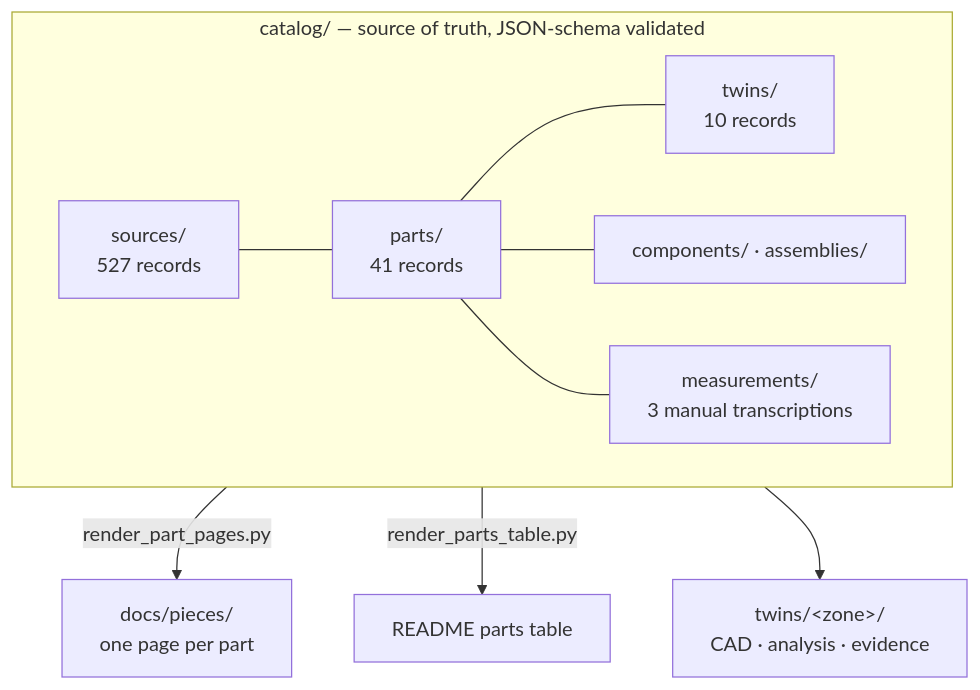
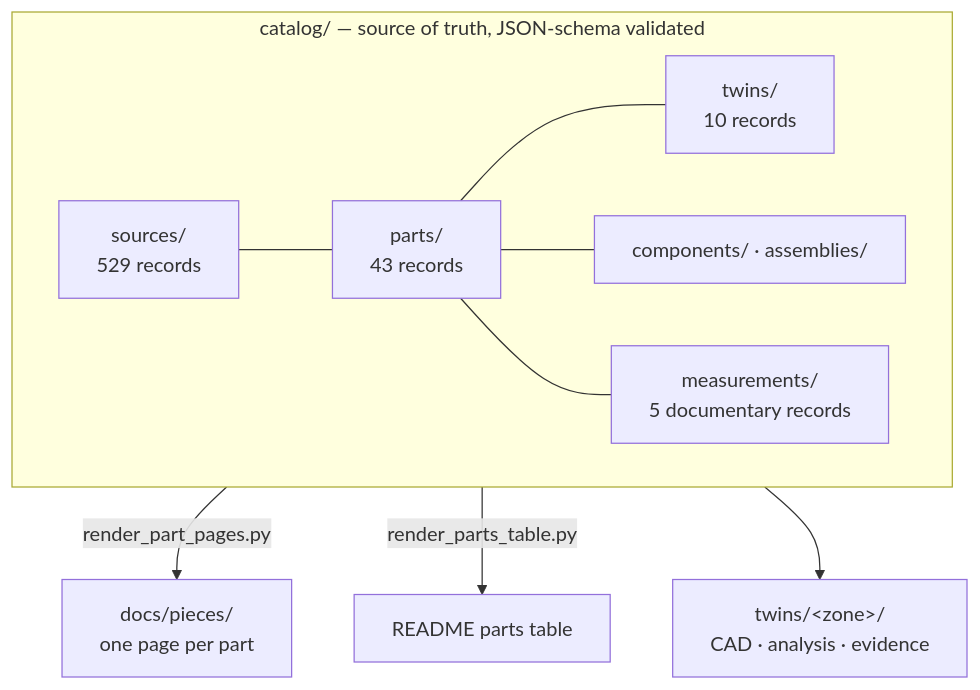
Before and after one commit to cluster2600/porscheparts: the fourth of 4 diagrams in README.md, drawn with Mermaid. The commit also changed other lines of this file and 59 other files, not shown here.

````diff
--- a/README.md
+++ b/README.md
@@ -481,13 +481,13 @@
 ```mermaid
 flowchart TB
     subgraph catalog["catalog/ — source of truth, JSON-schema validated"]
       direction LR
-      src["sources/<br/>527 records"] --- prt["parts/<br/>41 records"]
+      src["sources/<br/>529 records"] --- prt["parts/<br/>43 records"]
       prt --- tw["twins/<br/>10 records"]
       prt --- cmp["components/ · assemblies/"]
-      prt --- mea["measurements/<br/>3 manual transcriptions"]
+      prt --- mea["measurements/<br/>5 documentary records"]
     end
     prt -- "render_part_pages.py" --> pages["docs/pieces/<br/>one page per part"]
     prt -- "render_parts_table.py" --> table["README parts table"]
     tw --> twins["twins/&lt;zone&gt;/<br/>CAD · analysis · evidence"]
 ```
````
